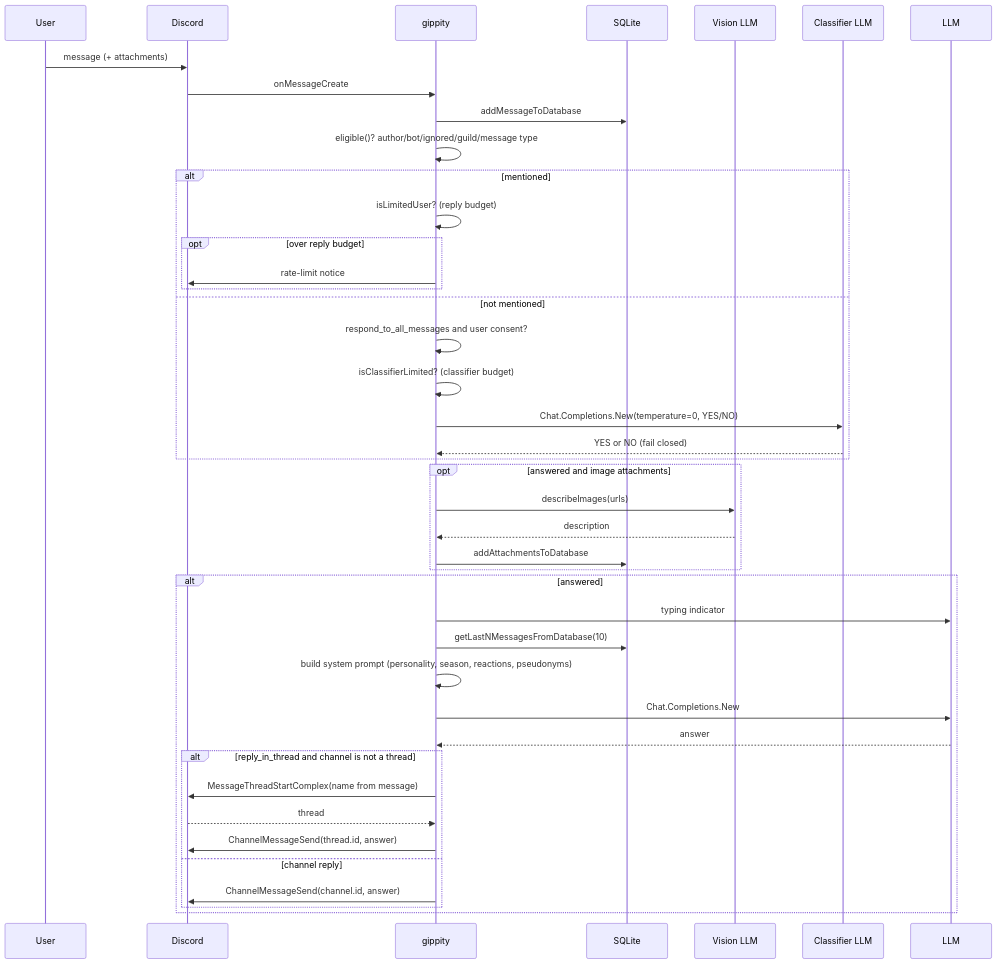
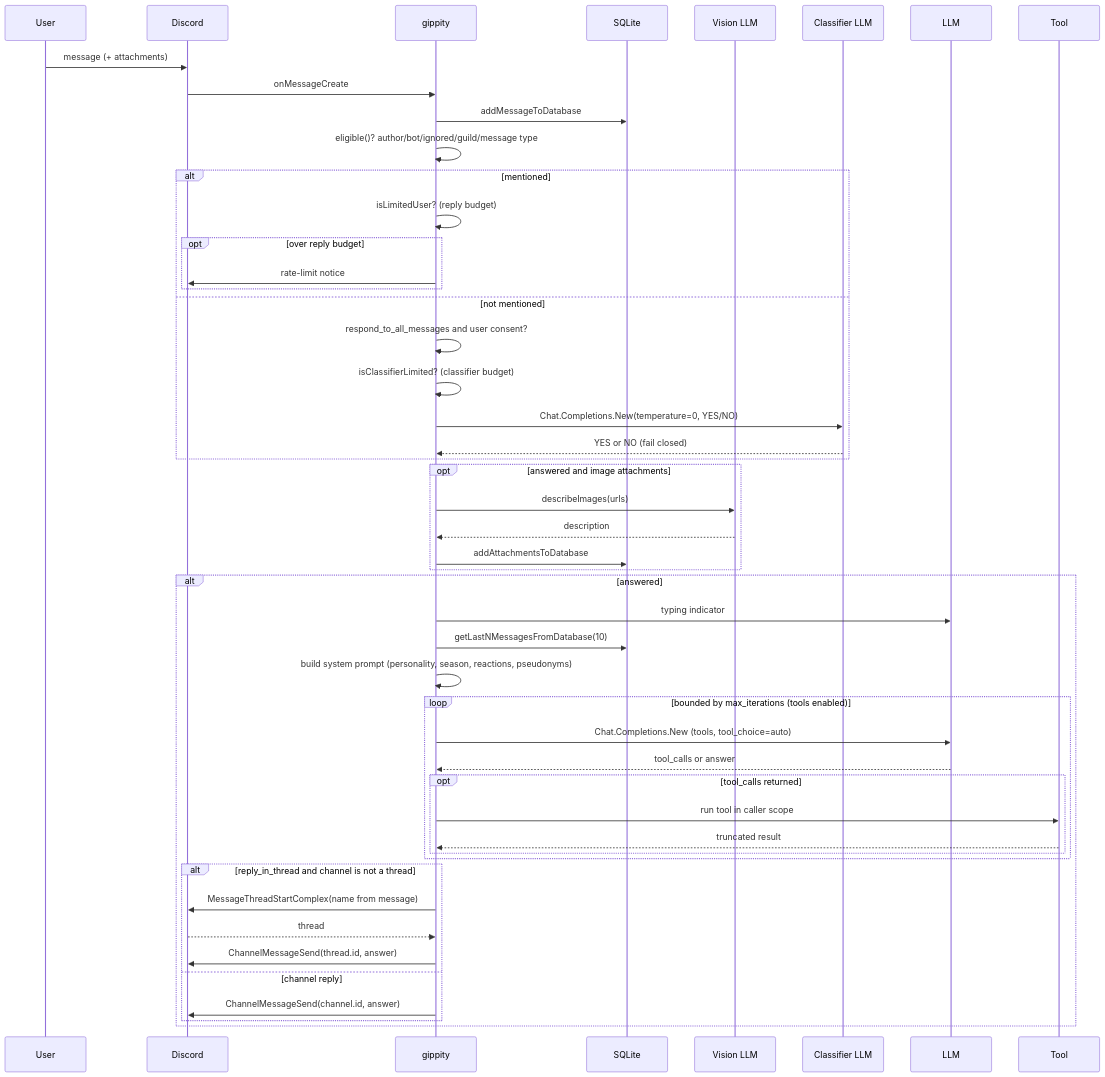
Before and after one commit to toksikk/gidbig: the diagram in docs/modules/gippity.md, drawn with Mermaid. The commit also changed other lines of this file and 21 other files, not shown here.

First line of the commit message:
tools (#308): add native tool calling with internal data tools

````diff
--- a/docs/modules/gippity.md
+++ b/docs/modules/gippity.md
@@ -15,45 +16,52 @@
 ```mermaid
 sequenceDiagram
     participant U as User
     participant D as Discord
     participant G as gippity
     participant DB as SQLite
     participant V as Vision LLM
     participant C as Classifier LLM
     participant L as LLM
+    participant T as Tool
 
     U->>D: message (+ attachments)
     D->>G: onMessageCreate
     G->>DB: addMessageToDatabase
     G->>G: eligible()? author/bot/ignored/guild/message type
     alt mentioned
         G->>G: isLimitedUser? (reply budget)
         opt over reply budget
             G->>D: rate-limit notice
         end
     else not mentioned
         G->>G: respond_to_all_messages and user consent?
         G->>G: isClassifierLimited? (classifier budget)
         G->>C: Chat.Completions.New(temperature=0, YES/NO)
         C-->>G: YES or NO (fail closed)
     end
     opt answered and image attachments
         G->>V: describeImages(urls)
         V-->>G: description
         G->>DB: addAttachmentsToDatabase
     end
     alt answered
         G->>L: typing indicator
         G->>DB: getLastNMessagesFromDatabase(10)
         G->>G: build system prompt (personality, season, reactions, pseudonyms)
-        G->>L: Chat.Completions.New
-        L-->>G: answer
+        loop bounded by max_iterations (tools enabled)
+            G->>L: Chat.Completions.New (tools, tool_choice=auto)
+            L-->>G: tool_calls or answer
+            opt tool_calls returned
+                G->>T: run tool in caller scope
+                T-->>G: truncated result
+            end
+        end
         alt reply_in_thread and channel is not a thread
             G->>D: MessageThreadStartComplex(name from message)
             D-->>G: thread
             G->>D: ChannelMessageSend(thread.id, answer)
         else channel reply
             G->>D: ChannelMessageSend(channel.id, answer)
         end
     end
 ```
````
